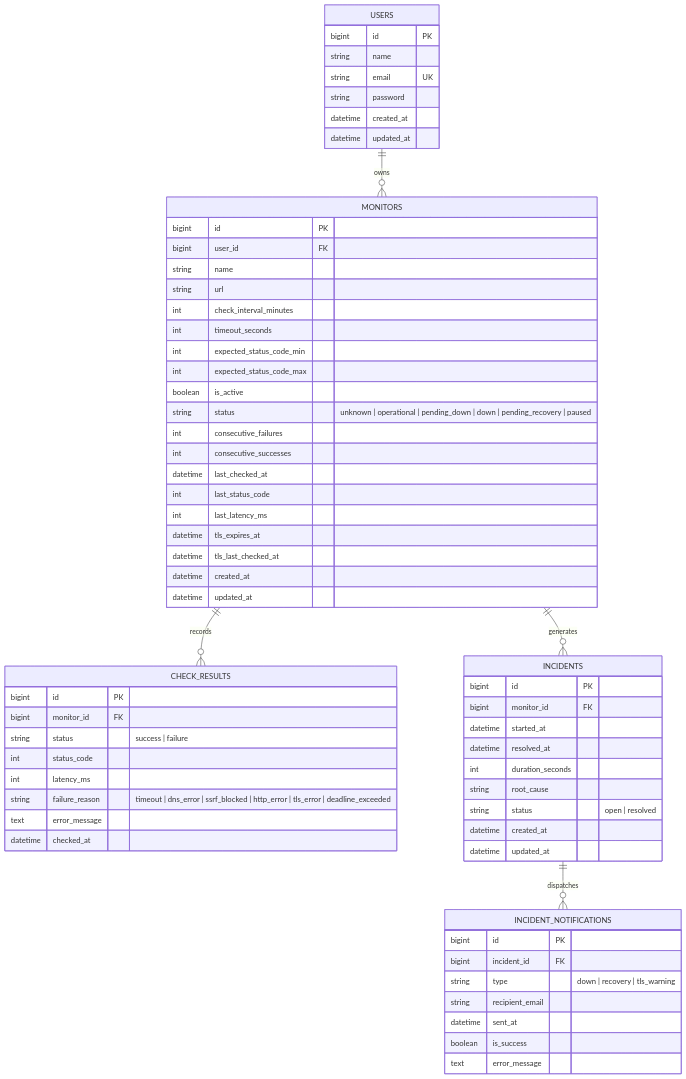
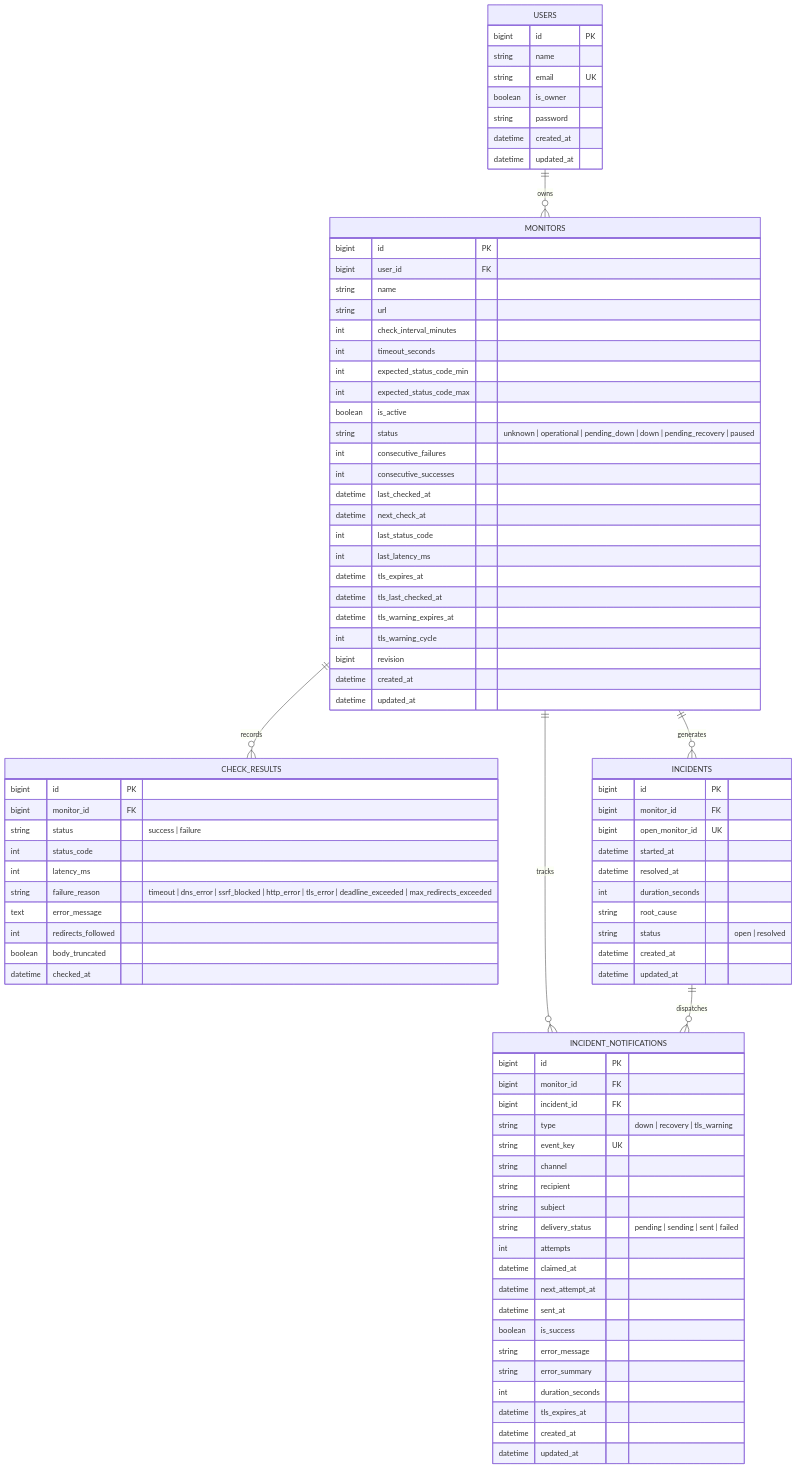
One commit to ayjed/SitePulse changed the second of 2 diagrams in docs/ARCHITECTURE.md. Above: the diagram before and after it, drawn with Mermaid. The commit also changed 34 other files, not shown here.

First line of the commit message:
feat(phase-02): Task 15 incident lifecycle, outbox alerts, and check-history retention

````diff
--- a/docs/ARCHITECTURE.md
+++ b/docs/ARCHITECTURE.md
@@ -134,12 +134,14 @@
     USERS ||--o{ MONITORS : owns
     MONITORS ||--o{ CHECK_RESULTS : records
     MONITORS ||--o{ INCIDENTS : generates
+    MONITORS ||--o{ INCIDENT_NOTIFICATIONS : tracks
     INCIDENTS ||--o{ INCIDENT_NOTIFICATIONS : dispatches
 
     USERS {
         bigint id PK
         string name
         string email UK
+        boolean is_owner
         string password
         datetime created_at
         datetime updated_at
@@ -159,10 +161,14 @@
         int consecutive_failures
         int consecutive_successes
         datetime last_checked_at
+        datetime next_check_at
         int last_status_code
         int last_latency_ms
         datetime tls_expires_at
         datetime tls_last_checked_at
+        datetime tls_warning_expires_at
+        int tls_warning_cycle
+        bigint revision
         datetime created_at
         datetime updated_at
     }
@@ -173,14 +179,17 @@
         string status "success | failure"
         int status_code
         int latency_ms
-        string failure_reason "timeout | dns_error | ssrf_blocked | http_error | tls_error | deadline_exceeded"
+        string failure_reason "timeout | dns_error | ssrf_blocked | http_error | tls_error | deadline_exceeded | max_redirects_exceeded"
         text error_message
+        int redirects_followed
+        boolean body_truncated
         datetime checked_at
     }
 
     INCIDENTS {
         bigint id PK
         bigint monitor_id FK
+        bigint open_monitor_id UK
         datetime started_at
         datetime resolved_at
         int duration_seconds
@@ -192,11 +201,24 @@
 
     INCIDENT_NOTIFICATIONS {
         bigint id PK
+        bigint monitor_id FK
         bigint incident_id FK
         string type "down | recovery | tls_warning"
-        string recipient_email
+        string event_key UK
+        string channel
+        string recipient
+        string subject
+        string delivery_status "pending | sending | sent | failed"
+        int attempts
+        datetime claimed_at
+        datetime next_attempt_at
         datetime sent_at
         boolean is_success
-        text error_message
+        string error_message
+        string error_summary
+        int duration_seconds
+        datetime tls_expires_at
+        datetime created_at
+        datetime updated_at
     }
 ```
````
